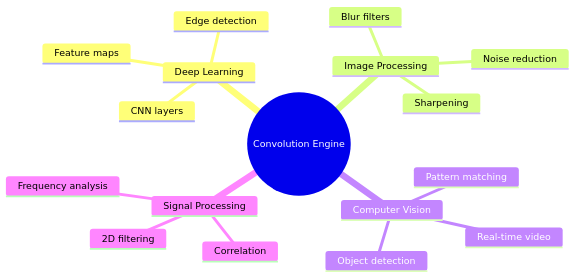
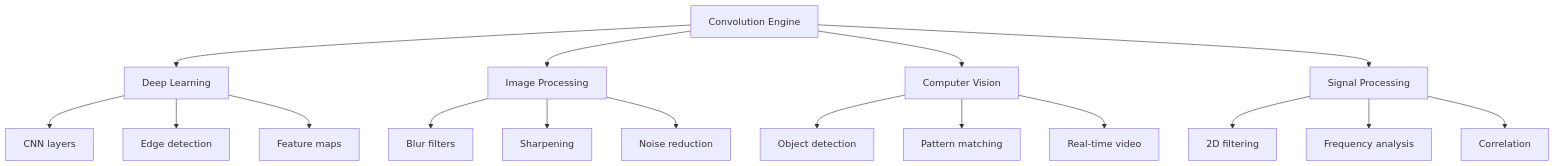
Before and after one commit to jalcim/logilib: diagram 12 of 12 in src/tensor/README.md, drawn with Mermaid. The commit also changed other lines of this file and 1 other file, not shown here.

````diff
--- a/src/tensor/README.md
+++ b/src/tensor/README.md
@@ -317,20 +281,23 @@
 ```mermaid
-mindmap
-  root((Convolution Engine))
-    Deep Learning
-      CNN layers
-      Edge detection
-      Feature maps
-    Image Processing
-      Blur filters
-      Sharpening
-      Noise reduction
-    Computer Vision
-      Object detection
-      Pattern matching
-      Real-time video
-    Signal Processing
-      2D filtering
-      Frequency analysis
-      Correlation
+graph TD
+    A[Convolution Engine] --> B[Deep Learning]
+    A --> C[Image Processing]
+    A --> D[Computer Vision]
+    A --> E[Signal Processing]
+
+    B --> F[CNN layers]
+    B --> G[Edge detection]
+    B --> H[Feature maps]
+
+    C --> I[Blur filters]
+    C --> J[Sharpening]
+    C --> K[Noise reduction]
+
+    D --> L[Object detection]
+    D --> M[Pattern matching]
+    D --> N[Real-time video]
+
+    E --> O[2D filtering]
+    E --> P[Frequency analysis]
+    E --> Q[Correlation]
 ```
````
